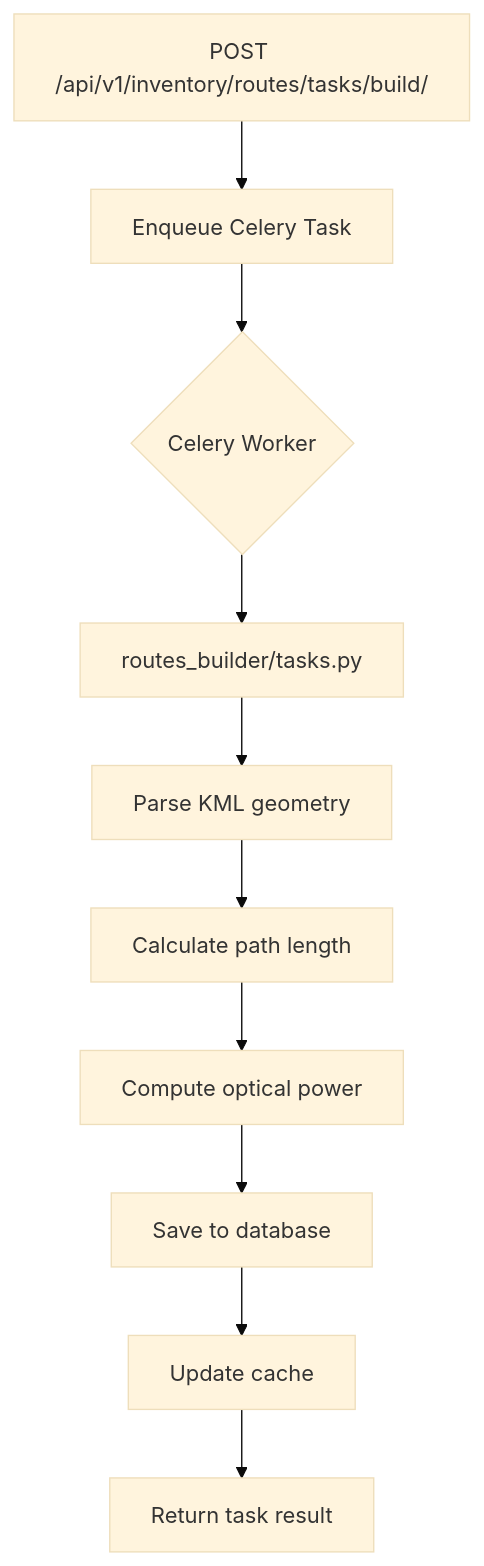
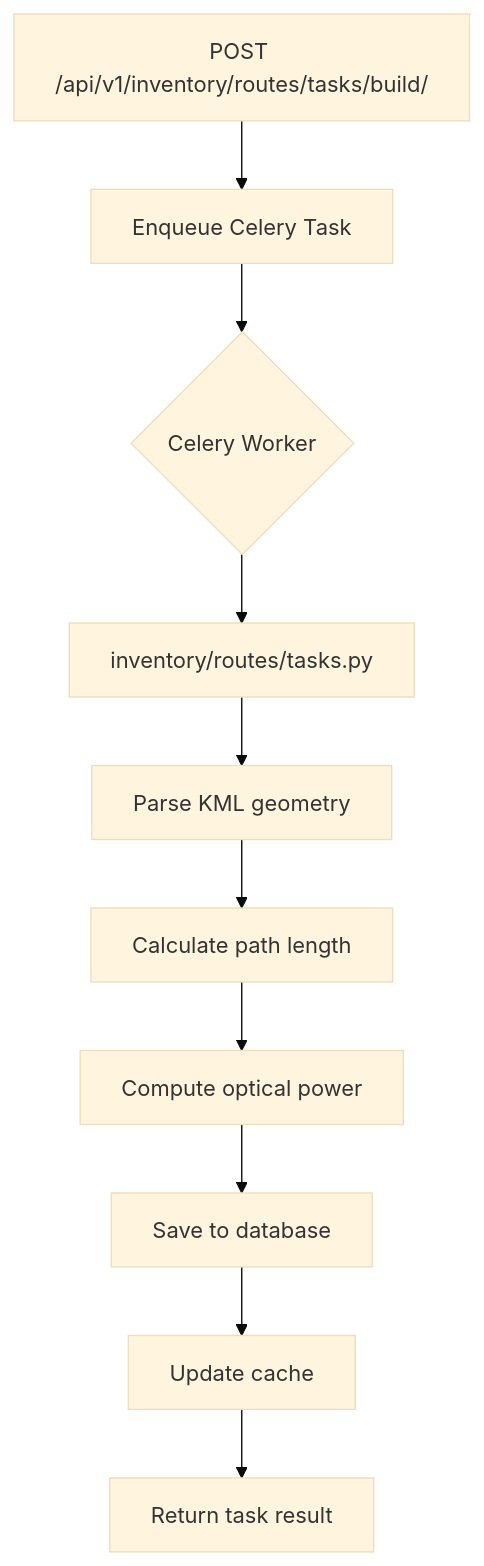
One commit to kaled182/provemaps_beta changed the seventh of 10 diagrams in doc/architecture/OVERVIEW.md. Above: the diagram before and after it, drawn with Mermaid (base theme). The commit also changed other lines of this file and 44 other files, not shown here.

````diff
--- a/doc/architecture/OVERVIEW.md
+++ b/doc/architecture/OVERVIEW.md
@@ -383,12 +393,12 @@
 ```mermaid
 graph TD
     A[POST /api/v1/inventory/routes/tasks/build/] --> B[Enqueue Celery Task]
     B --> C{Celery Worker}
-    C --> D[routes_builder/tasks.py]
+    C --> D[inventory/routes/tasks.py]
     D --> E[Parse KML geometry]
     E --> F[Calculate path length]
     F --> G[Compute optical power]
     G --> H[Save to database]
     H --> I[Update cache]
     I --> J[Return task result]
 ```
````
